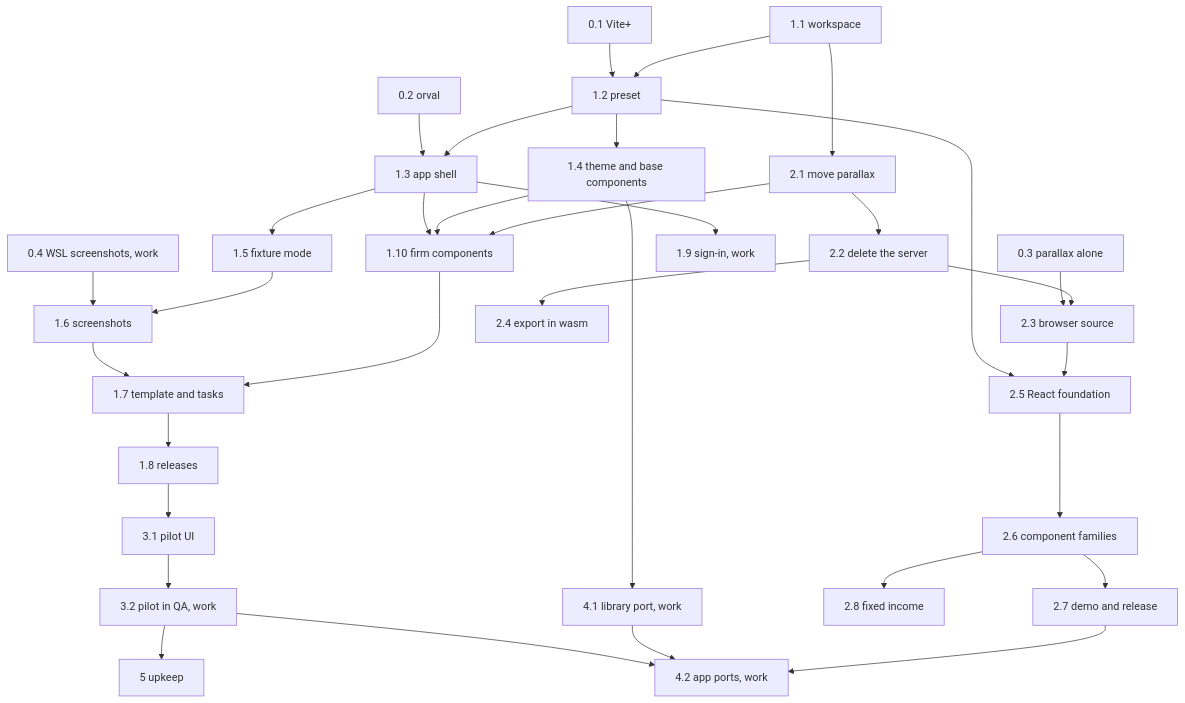
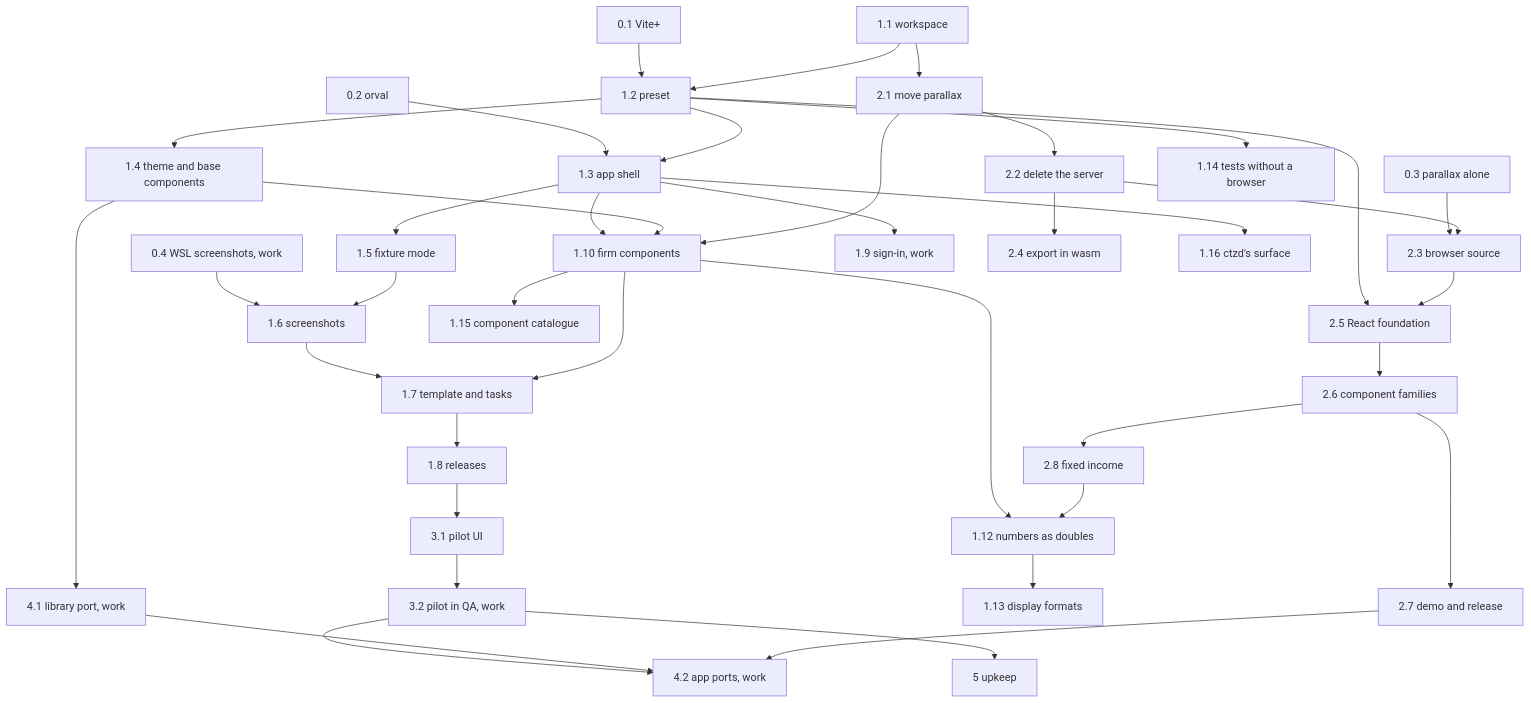
One commit to jacobragsdale/basis-ui changed the diagram in docs/roadmap.md. Above: the diagram before and after it, drawn with Mermaid. The commit also changed other lines of this file and 1 other file, not shown here.

First line of the commit message:
Design: ctzd's decisions of 2026-11-07, numbers as doubles, display formats, ctzd as a consumer (#45)

````diff
--- a/docs/roadmap.md
+++ b/docs/roadmap.md
@@ -27,24 +27,29 @@
 ```mermaid
 flowchart TD
   s01[0.1 Vite+] --> u2[1.2 preset]
   s02[0.2 orval] --> u3[1.3 app shell]
   s03[0.3 parallax alone] --> p3[2.3 browser source]
   s04[0.4 WSL screenshots, work] --> u6[1.6 screenshots]
   u1[1.1 workspace] --> u2
   u2 --> u3 --> u5[1.5 fixture mode] --> u6 --> u7[1.7 template and tasks] --> u8[1.8 releases] --> l1[3.1 pilot UI]
   u2 --> u4[1.4 theme and base components] --> c1[4.1 library port, work]
   u3 --> u10[1.10 firm components]
   u4 --> u10 --> u7
   p1 --> u10
   u3 --> u9[1.9 sign-in, work]
   u1 --> p1[2.1 move parallax] --> p2[2.2 delete the server] --> p3
   p2 --> p4[2.4 export in wasm]
   u2 --> p5[2.5 React foundation]
   p3 --> p5 --> p6[2.6 component families] --> p7[2.7 demo and release]
   p6 --> p8[2.8 fixed income]
+  u3 --> u16[1.16 ctzd's surface]
+  u2 --> u14[1.14 tests without a browser]
+  u10 --> u15[1.15 component catalogue]
+  u10 --> u12[1.12 numbers as doubles] --> u13[1.13 display formats]
+  p8 --> u12
   l1 --> l2[3.2 pilot in QA, work]
   l2 --> c2[4.2 app ports, work]
   c1 --> c2
   p7 --> c2
   l2 --> g[5 upkeep]
 ```
````
